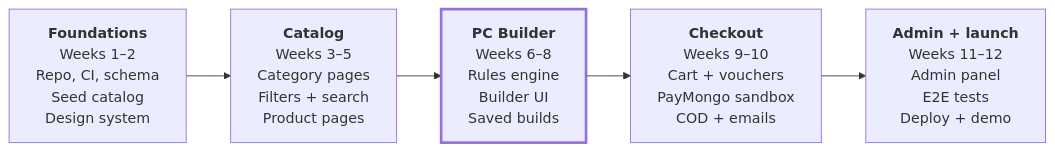
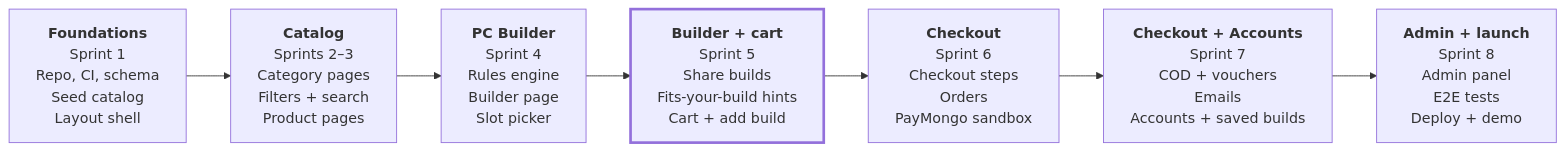
Before and after one commit to romulojr-dev/pc-ecommerce: the second of 2 diagrams in docs/prd.md, drawn with Mermaid. The commit also changed other lines of this file, not shown here.

Commit message:
docs: plan milestones by sprint and add build snapshots to the data model

````diff
--- a/docs/prd.md
+++ b/docs/prd.md
@@ -352,12 +363,14 @@
 ```mermaid
 flowchart LR
-    M1["<b>Foundations</b><br/>Weeks 1–2<br/>Repo, CI, schema<br/>Seed catalog<br/>Design system"]
-    M2["<b>Catalog</b><br/>Weeks 3–5<br/>Category pages<br/>Filters + search<br/>Product pages"]
-    M3["<b>PC Builder</b><br/>Weeks 6–8<br/>Rules engine<br/>Builder UI<br/>Saved builds"]
-    M4["<b>Checkout</b><br/>Weeks 9–10<br/>Cart + vouchers<br/>PayMongo sandbox<br/>COD + emails"]
-    M5["<b>Admin + launch</b><br/>Weeks 11–12<br/>Admin panel<br/>E2E tests<br/>Deploy + demo"]
+    S1["<b>Foundations</b><br/>Sprint 1<br/>Repo, CI, schema<br/>Seed catalog<br/>Layout shell"]
+    S2["<b>Catalog</b><br/>Sprints 2–3<br/>Category pages<br/>Filters + search<br/>Product pages"]
+    S4["<b>PC Builder</b><br/>Sprint 4<br/>Rules engine<br/>Builder page<br/>Slot picker"]
+    S5["<b>Builder + cart</b><br/>Sprint 5<br/>Share builds<br/>Fits-your-build hints<br/>Cart + add build"]
+    S6["<b>Checkout</b><br/>Sprint 6<br/>Checkout steps<br/>Orders<br/>PayMongo sandbox"]
+    S7["<b>Checkout + Accounts</b><br/>Sprint 7<br/>COD + vouchers<br/>Emails<br/>Accounts + saved builds"]
+    S8["<b>Admin + launch</b><br/>Sprint 8<br/>Admin panel<br/>E2E tests<br/>Deploy + demo"]
 
-    M1 --> M2 --> M3 --> M4 --> M5
+    S1 --> S2 --> S4 --> S5 --> S6 --> S7 --> S8
 
-    style M3 stroke-width:3px
+    style S5 stroke-width:3px
 ```
````
